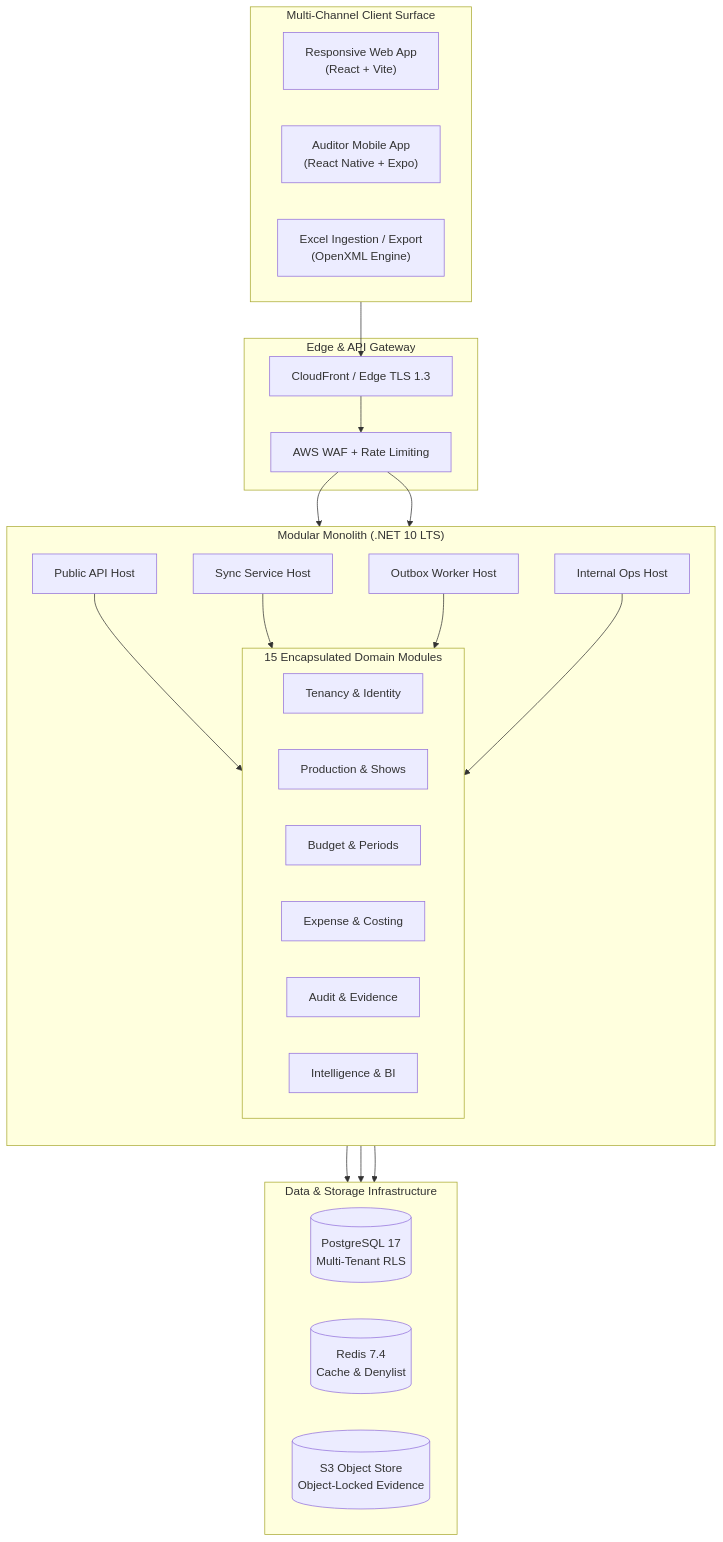
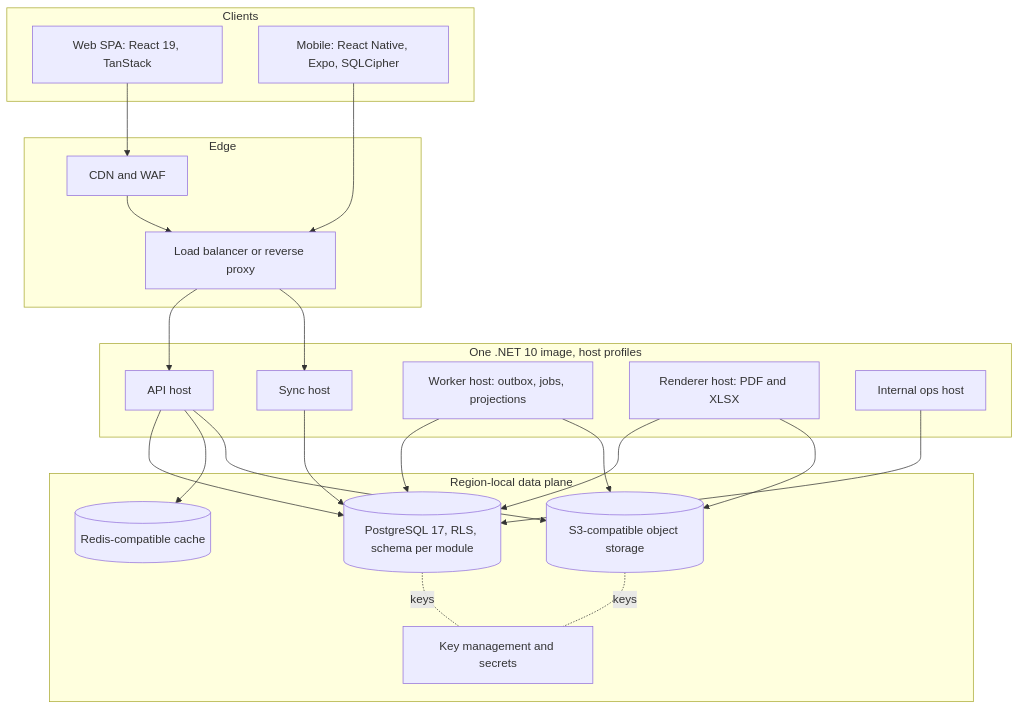
Before and after one commit to dinesh-nikam/SlateIQ: the third of 4 diagrams in architecture/00-foundation-index.md, drawn with Mermaid. The commit also changed other lines of this file and 10 other files, not shown here.

````diff
--- a/architecture/00-foundation-index.md
+++ b/architecture/00-foundation-index.md
@@ -55,44 +144,39 @@
 ```mermaid
 flowchart TB
-    subgraph CLIENTS["Multi-Channel Client Surface"]
-        direction LR
-        WEB["Responsive Web App<br/>(React + Vite)"]
-        MOB["Auditor Mobile App<br/>(React Native + Expo)"]
-        XLS["Excel Ingestion / Export<br/>(OpenXML Engine)"]
+    subgraph Clients
+        WEB["Web SPA: React 19, TanStack"]
+        MOB["Mobile: React Native, Expo, SQLCipher"]
     end
-
-    subgraph EDGE["Edge & API Gateway"]
-        CDN["CloudFront / Edge TLS 1.3"]
-        WAF["AWS WAF + Rate Limiting"]
+    subgraph Edge
+        CDN["CDN and WAF"]
+        LB["Load balancer or reverse proxy"]
     end
-
-    subgraph BACKEND["Modular Monolith (.NET 10 LTS)"]
-        direction TB
-        API_H["Public API Host"]
-        SYNC_H["Sync Service Host"]
-        WORKER_H["Outbox Worker Host"]
-        OPS_H["Internal Ops Host"]
-        
-        subgraph MODULES["15 Encapsulated Domain Modules"]
-            direction LR
-            M_TNT["Tenancy & Identity"]
-            M_PRD["Production & Shows"]
-            M_BUD["Budget & Periods"]
-            M_EXP["Expense & Costing"]
-            M_AUD["Audit & Evidence"]
-            M_INT["Intelligence & BI"]
-        end
+    subgraph App["One .NET 10 image, host profiles"]
+        API["API host"]
+        SYNC["Sync host"]
+        WRK["Worker host: outbox, jobs, projections"]
+        RND["Renderer host: PDF and XLSX"]
+        OPSH["Internal ops host"]
     end
-
-    subgraph DATA["Data & Storage Infrastructure"]
-        direction LR
-        PG[("PostgreSQL 17<br/>Multi-Tenant RLS")]
-        REDIS[("Redis 7.4<br/>Cache & Denylist")]
-        S3[("S3 Object Store<br/>Object-Locked Evidence")]
+    subgraph Data["Region-local data plane"]
+        PG[("PostgreSQL 17, RLS, schema per module")]
+        RD[("Redis-compatible cache")]
+        S3[("S3-compatible object storage")]
+        KMS["Key management and secrets"]
     end
-
-    CLIENTS --> CDN --> WAF
-    WAF --> API_H & SYNC_H
-    API_H & SYNC_H & WORKER_H & OPS_H --> MODULES
-    MODULES --> PG & REDIS & S3
+    WEB --> CDN --> LB
+    MOB --> LB
+    LB --> API
+    LB --> SYNC
+    API --> PG
+    SYNC --> PG
+    WRK --> PG
+    RND --> PG
+    OPSH --> PG
+    API --> RD
+    API --> S3
+    WRK --> S3
+    RND --> S3
+    PG -. keys .- KMS
+    S3 -. keys .- KMS
 ```
````
